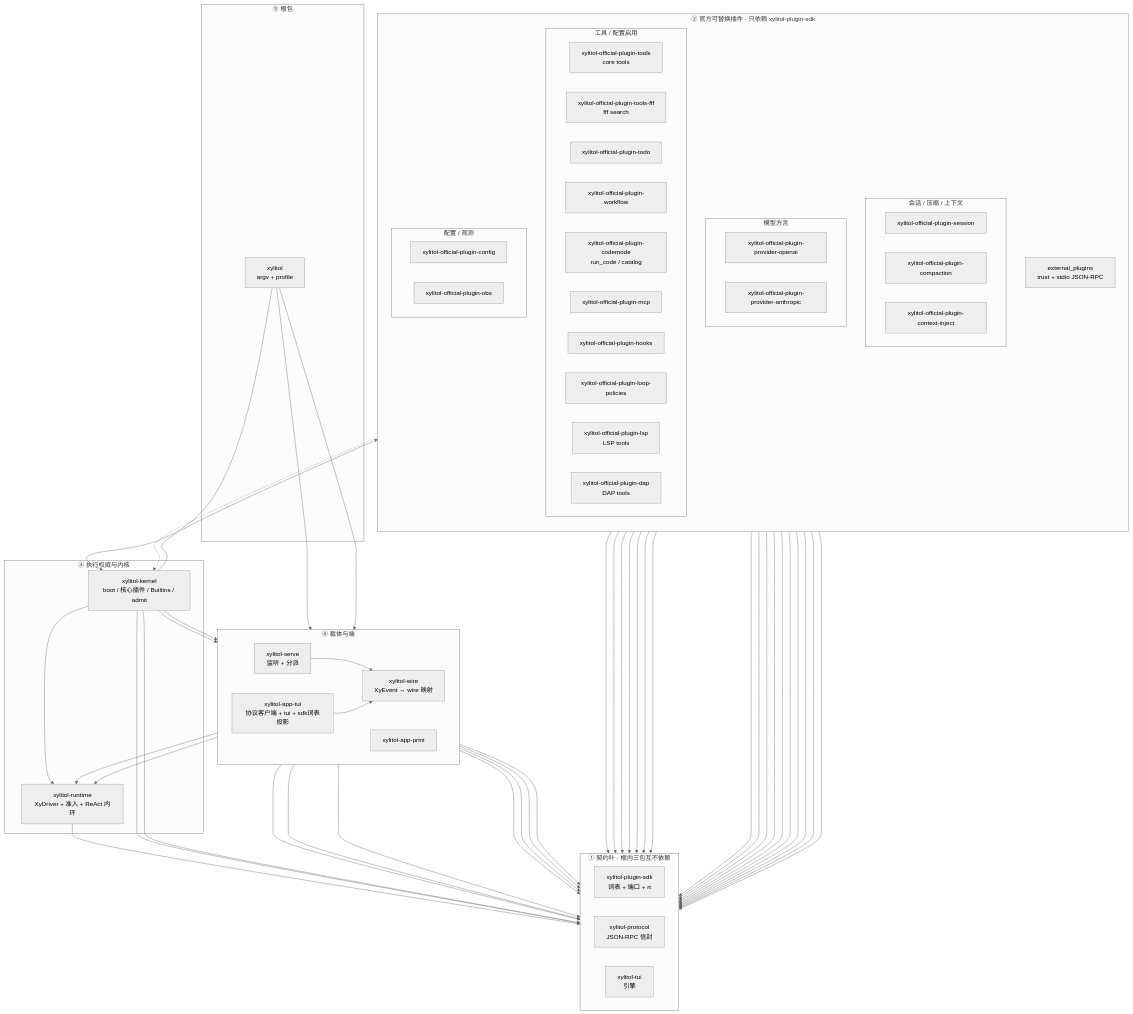
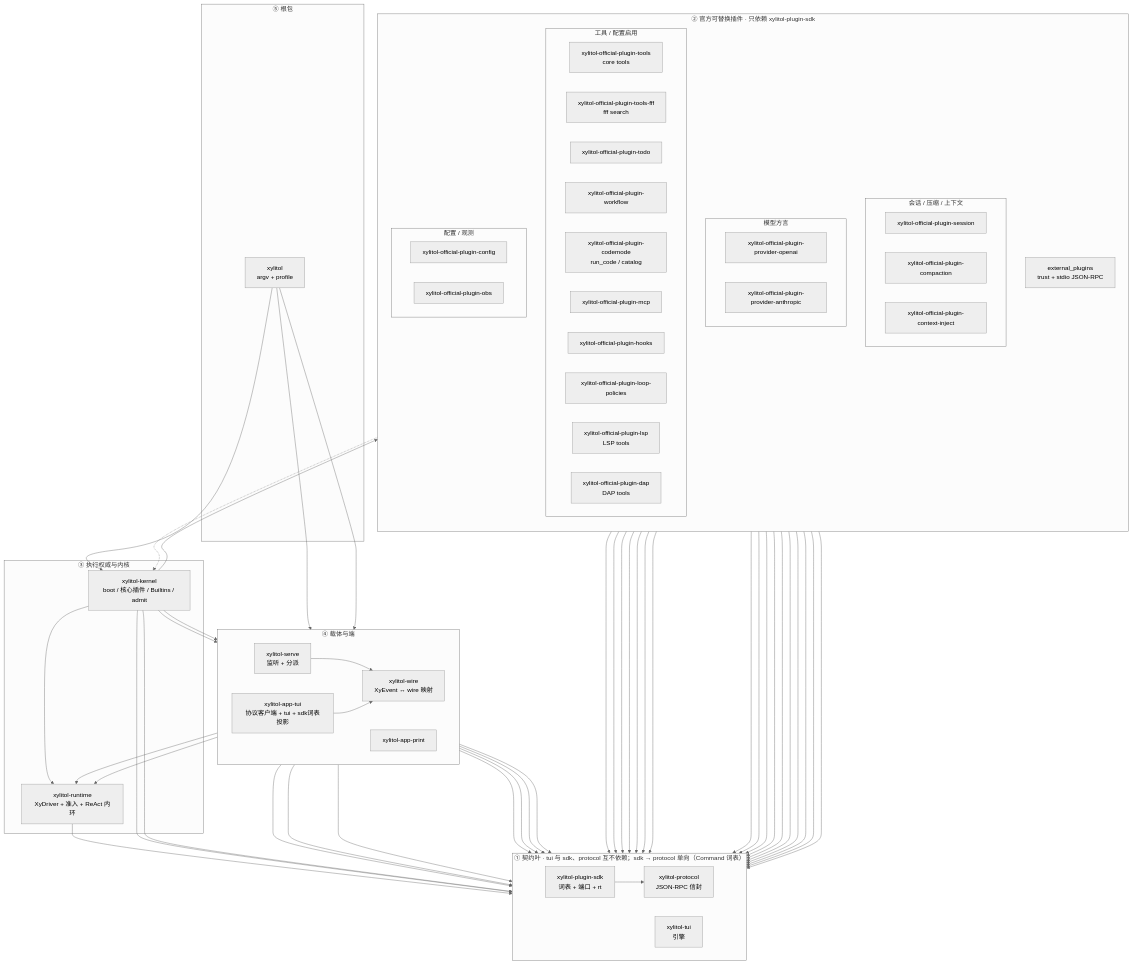
The diagram in src/AGENTS.md (StrayDragon/xylitol), drawn with Mermaid (neutral theme) before and after one commit. The commit also changed other lines of this file and 14 other files, not shown here.

````diff
--- a/src/AGENTS.md
+++ b/src/AGENTS.md
@@ -27,6 +27,6 @@
 ```mermaid
 flowchart TB
-  subgraph contracts["① 契约叶 · 框内三包互不依赖"]
+  subgraph contracts["① 契约叶 · tui 与 sdk、protocol 互不依赖；sdk → protocol 单向（Command 词表）"]
     direction LR
     xylitol_plugin_sdk["xylitol-plugin-sdk<br/>词表 + 端口 + rt"]
     xylitol_protocol["xylitol-protocol<br/>JSON-RPC 信封"]
@@ -84,6 +84,7 @@
     xylitol["xylitol<br/>argv + profile"]
   end
 
+  xylitol_plugin_sdk --> xylitol_protocol
   xylitol_official_plugin_session --> xylitol_plugin_sdk
   xylitol_official_plugin_compaction --> xylitol_plugin_sdk
   xylitol_official_plugin_context_inject --> xylitol_plugin_sdk
````
